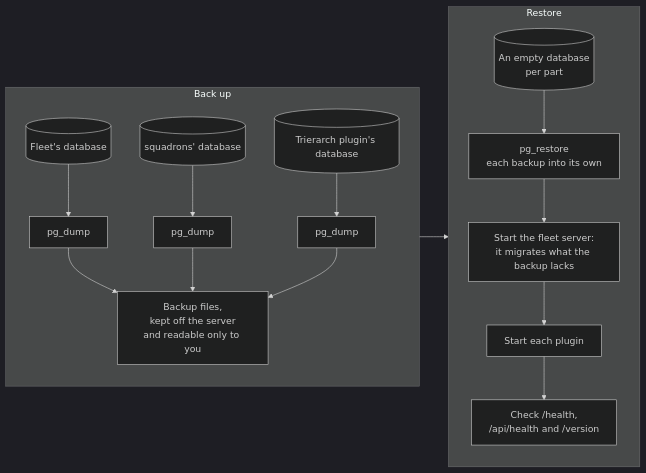
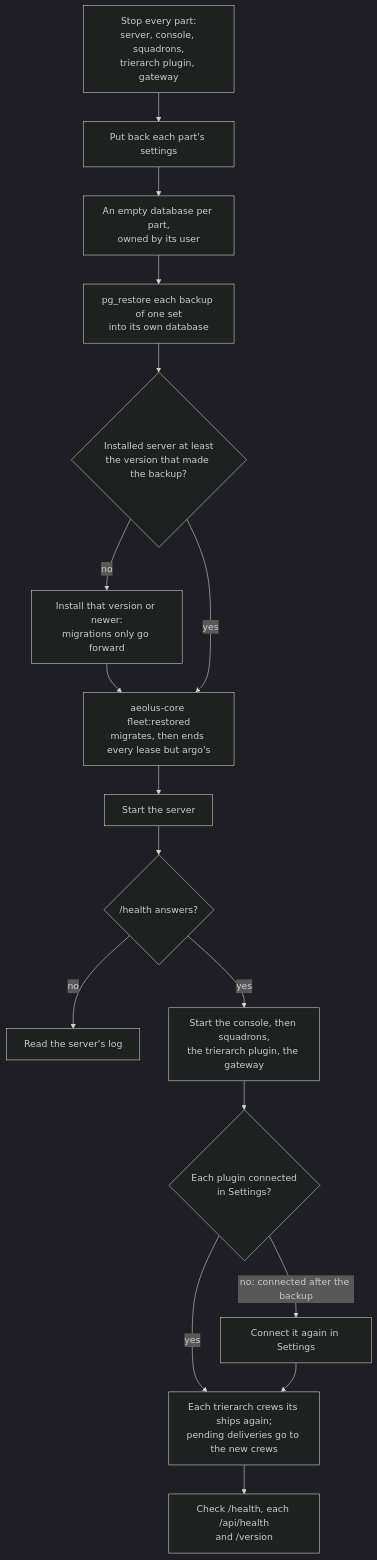
The second of 2 diagrams in docs/guide/run-the-server.md (ThomasHendrickx/aeolus-fleet), drawn with Mermaid (dark theme) before and after one commit. The commit also changed other lines of this file and 1 other file, not shown here.

First line of the commit message:
docs(guide): Run the server states the privileges, the backup schedule, the restore and the gateway (#1798)

````diff
--- a/docs/guide/run-the-server.md
+++ b/docs/guide/run-the-server.md
@@ -148,20 +223,19 @@
 ```mermaid
-flowchart LR
-    subgraph backup["Back up"]
-        direction TB
-        fleetdb[("Fleet's database")] --> dump1["pg_dump"]
-        sqdb[("squadrons' database")] --> dump2["pg_dump"]
-        tpdb[("Trierarch plugin's database")] --> dump3["pg_dump"]
-        dump1 --> store["Backup files,<br/>kept off the server<br/>and readable only to you"]
-        dump2 --> store
-        dump3 --> store
-    end
-    subgraph restore["Restore"]
-        direction TB
-        empty[("An empty database<br/>per part")] --> pgr["pg_restore<br/>each backup into its own"]
-        pgr --> startcore["Start the fleet server:<br/>it migrates what the backup lacks"]
-        startcore --> startplugins["Start each plugin"]
-        startplugins --> verify["Check /health,<br/>/api/health and /version"]
-    end
-    store --> empty
+flowchart TD
+    stop["Stop every part:<br/>server, console, squadrons,<br/>trierarch plugin, gateway"] --> settings["Put back each part's settings"]
+    settings --> empty["An empty database per part,<br/>owned by its user"]
+    empty --> pgr["pg_restore each backup of one set<br/>into its own database"]
+    pgr --> version{"Installed server at least<br/>the version that made the backup?"}
+    version -->|no| newer["Install that version or newer:<br/>migrations only go forward"]
+    newer --> settle
+    version -->|yes| settle["aeolus-core fleet:restored<br/>migrates, then ends every lease but argo's"]
+    settle --> startcore["Start the server"]
+    startcore --> health{"/health answers?"}
+    health -->|no| log["Read the server's log"]
+    health -->|yes| plugins["Start the console, then squadrons,<br/>the trierarch plugin, the gateway"]
+    plugins --> known{"Each plugin connected<br/>in Settings?"}
+    known -->|"no: connected after the backup"| connect["Connect it again in Settings"]
+    known -->|yes| crews["Each trierarch crews its ships again;<br/>pending deliveries go to the new crews"]
+    connect --> crews
+    crews --> verify["Check /health, each /api/health<br/>and /version"]
 ```
````
